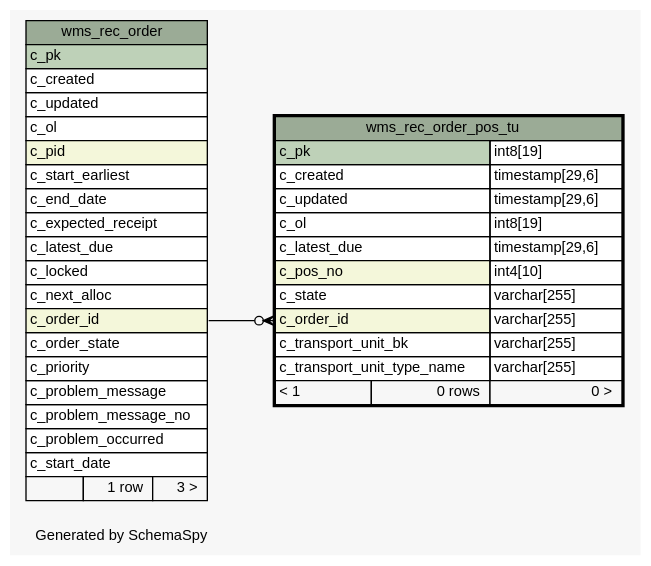
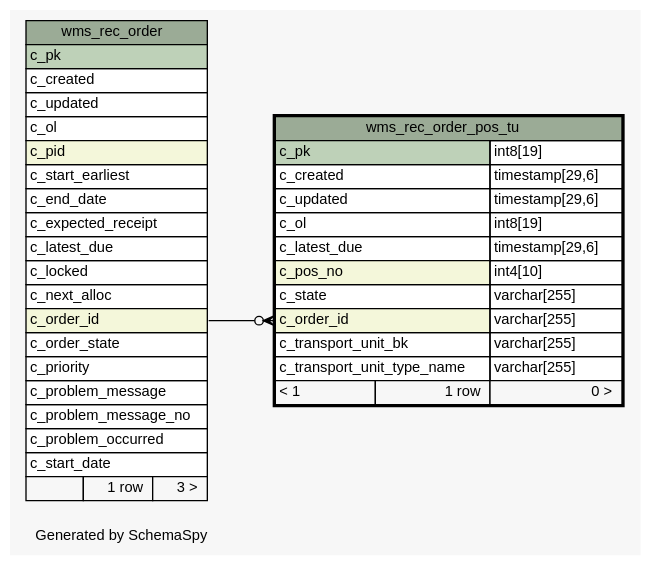
One commit to openwms/org.openwms.wms.receiving.lib changed the diagram in 1.0.0-SNAPSHOT/schemaspy/diagrams/wms_rec_order_pos_tu.1degree.dot. Above: the diagram before and after it, drawn with Graphviz. The commit also changed 373 other files, not shown here.

```diff
--- a/1.0.0-SNAPSHOT/schemaspy/diagrams/wms_rec_order_pos_tu.1degree.dot
+++ b/1.0.0-SNAPSHOT/schemaspy/diagrams/wms_rec_order_pos_tu.1degree.dot
@@ -1,69 +1,69 @@
 // dot 2.43.0 on Linux 5.13.0-1021-azure
 // SchemaSpy rev Unknown
 digraph "oneDegreeRelationshipsDiagram" {
   graph [
     rankdir="RL"
     bgcolor="#f7f7f7"
     label="\nGenerated by SchemaSpy"
     labeljust="l"
     nodesep="0.18"
     ranksep="0.46"
     fontname="Helvetica"
     fontsize="11"
   ];
   node [
     fontname="Helvetica"
     fontsize="11"
     shape="plaintext"
   ];
   edge [
     arrowsize="0.8"
   ];
   "wms_rec_order_pos_tu":"c_order_id":w -> "wms_rec_order":"c_order_id":e [arrowhead=none dir=back arrowtail=crowodot];
   "wms_rec_order" [
     label=<
     <TABLE BORDER="0" CELLBORDER="1" CELLSPACING="0" BGCOLOR="#ffffff">
       <TR><TD COLSPAN="3" BGCOLOR="#9bab96" ALIGN="CENTER">wms_rec_order</TD></TR>
       <TR><TD PORT="c_pk" COLSPAN="3" BGCOLOR="#bed1b8" ALIGN="LEFT">c_pk</TD></TR>
       <TR><TD PORT="c_created" COLSPAN="3" ALIGN="LEFT">c_created</TD></TR>
       <TR><TD PORT="c_updated" COLSPAN="3" ALIGN="LEFT">c_updated</TD></TR>
       <TR><TD PORT="c_ol" COLSPAN="3" ALIGN="LEFT">c_ol</TD></TR>
       <TR><TD PORT="c_pid" COLSPAN="3" BGCOLOR="#f4f7da" ALIGN="LEFT">c_pid</TD></TR>
       <TR><TD PORT="c_start_earliest" COLSPAN="3" ALIGN="LEFT">c_start_earliest</TD></TR>
       <TR><TD PORT="c_end_date" COLSPAN="3" ALIGN="LEFT">c_end_date</TD></TR>
       <TR><TD PORT="c_expected_receipt" COLSPAN="3" ALIGN="LEFT">c_expected_receipt</TD></TR>
       <TR><TD PORT="c_latest_due" COLSPAN="3" ALIGN="LEFT">c_latest_due</TD></TR>
       <TR><TD PORT="c_locked" COLSPAN="3" ALIGN="LEFT">c_locked</TD></TR>
       <TR><TD PORT="c_next_alloc" COLSPAN="3" ALIGN="LEFT">c_next_alloc</TD></TR>
       <TR><TD PORT="c_order_id" COLSPAN="3" BGCOLOR="#f4f7da" ALIGN="LEFT">c_order_id</TD></TR>
       <TR><TD PORT="c_order_state" COLSPAN="3" ALIGN="LEFT">c_order_state</TD></TR>
       <TR><TD PORT="c_priority" COLSPAN="3" ALIGN="LEFT">c_priority</TD></TR>
       <TR><TD PORT="c_problem_message" COLSPAN="3" ALIGN="LEFT">c_problem_message</TD></TR>
       <TR><TD PORT="c_problem_message_no" COLSPAN="3" ALIGN="LEFT">c_problem_message_no</TD></TR>
       <TR><TD PORT="c_problem_occurred" COLSPAN="3" ALIGN="LEFT">c_problem_occurred</TD></TR>
       <TR><TD PORT="c_start_date" COLSPAN="3" ALIGN="LEFT">c_start_date</TD></TR>
       <TR><TD ALIGN="LEFT" BGCOLOR="#f7f7f7">  </TD><TD ALIGN="RIGHT" BGCOLOR="#f7f7f7">1 row</TD><TD ALIGN="RIGHT" BGCOLOR="#f7f7f7">3 &gt;</TD></TR>
     </TABLE>>
     URL="wms_rec_order.html"
     tooltip="wms_rec_order"
   ];
   "wms_rec_order_pos_tu" [
     label=<
     <TABLE BORDER="2" CELLBORDER="1" CELLSPACING="0" BGCOLOR="#ffffff">
       <TR><TD COLSPAN="3" BGCOLOR="#9bab96" ALIGN="CENTER">wms_rec_order_pos_tu</TD></TR>
       <TR><TD PORT="c_pk" COLSPAN="2" BGCOLOR="#bed1b8" ALIGN="LEFT">c_pk</TD><TD PORT="c_pk.type" ALIGN="LEFT">int8[19]</TD></TR>
       <TR><TD PORT="c_created" COLSPAN="2" ALIGN="LEFT">c_created</TD><TD PORT="c_created.type" ALIGN="LEFT">timestamp[29,6]</TD></TR>
       <TR><TD PORT="c_updated" COLSPAN="2" ALIGN="LEFT">c_updated</TD><TD PORT="c_updated.type" ALIGN="LEFT">timestamp[29,6]</TD></TR>
       <TR><TD PORT="c_ol" COLSPAN="2" ALIGN="LEFT">c_ol</TD><TD PORT="c_ol.type" ALIGN="LEFT">int8[19]</TD></TR>
       <TR><TD PORT="c_latest_due" COLSPAN="2" ALIGN="LEFT">c_latest_due</TD><TD PORT="c_latest_due.type" ALIGN="LEFT">timestamp[29,6]</TD></TR>
       <TR><TD PORT="c_pos_no" COLSPAN="2" BGCOLOR="#f4f7da" ALIGN="LEFT">c_pos_no</TD><TD PORT="c_pos_no.type" ALIGN="LEFT">int4[10]</TD></TR>
       <TR><TD PORT="c_state" COLSPAN="2" ALIGN="LEFT">c_state</TD><TD PORT="c_state.type" ALIGN="LEFT">varchar[255]</TD></TR>
       <TR><TD PORT="c_order_id" COLSPAN="2" BGCOLOR="#f4f7da" ALIGN="LEFT">c_order_id</TD><TD PORT="c_order_id.type" ALIGN="LEFT">varchar[255]</TD></TR>
       <TR><TD PORT="c_transport_unit_bk" COLSPAN="2" ALIGN="LEFT">c_transport_unit_bk</TD><TD PORT="c_transport_unit_bk.type" ALIGN="LEFT">varchar[255]</TD></TR>
       <TR><TD PORT="c_transport_unit_type_name" COLSPAN="2" ALIGN="LEFT">c_transport_unit_type_name</TD><TD PORT="c_transport_unit_type_name.type" ALIGN="LEFT">varchar[255]</TD></TR>
-      <TR><TD ALIGN="LEFT" BGCOLOR="#f7f7f7">&lt; 1</TD><TD ALIGN="RIGHT" BGCOLOR="#f7f7f7">0 rows</TD><TD ALIGN="RIGHT" BGCOLOR="#f7f7f7">0 &gt;</TD></TR>
+      <TR><TD ALIGN="LEFT" BGCOLOR="#f7f7f7">&lt; 1</TD><TD ALIGN="RIGHT" BGCOLOR="#f7f7f7">1 row</TD><TD ALIGN="RIGHT" BGCOLOR="#f7f7f7">0 &gt;</TD></TR>
     </TABLE>>
     URL="wms_rec_order_pos_tu.html"
     tooltip="wms_rec_order_pos_tu"
   ];
 }
```
